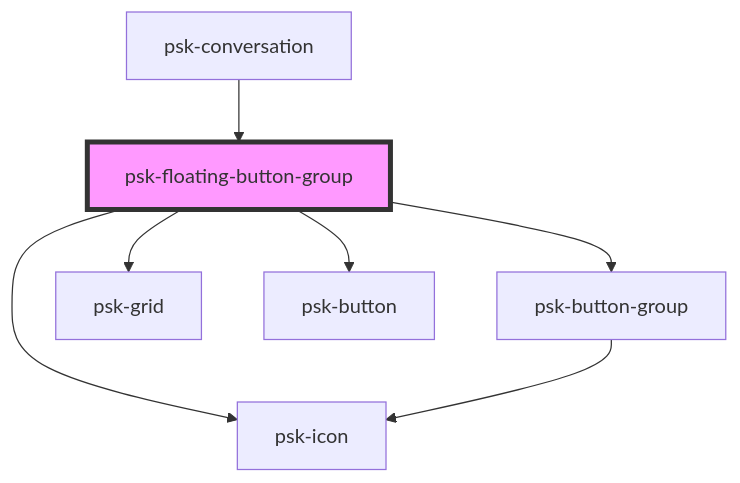
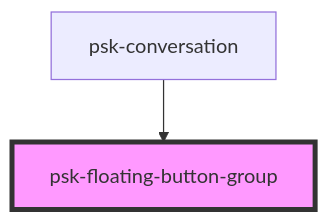
One commit to daniel-visoiu/cardinal-conversational changed the diagram in src/components/psk-floating-button-group/readme.md. Above: the diagram before and after it, drawn with Mermaid. The commit also changed other lines of this file and 6 other files, not shown here.

````diff
--- a/src/components/psk-floating-button-group/readme.md
+++ b/src/components/psk-floating-button-group/readme.md
@@ -31,10 +24,5 @@
 ```mermaid
 graph TD;
-  psk-floating-button-group --> psk-button-group
-  psk-floating-button-group --> psk-grid
-  psk-floating-button-group --> psk-button
-  psk-floating-button-group --> psk-icon
-  psk-button-group --> psk-icon
   psk-conversation --> psk-floating-button-group
   style psk-floating-button-group fill:#f9f,stroke:#333,stroke-width:4px
 ```
````
